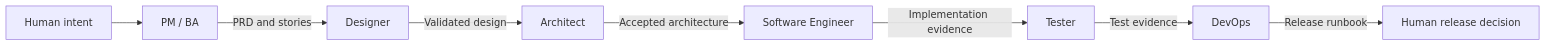
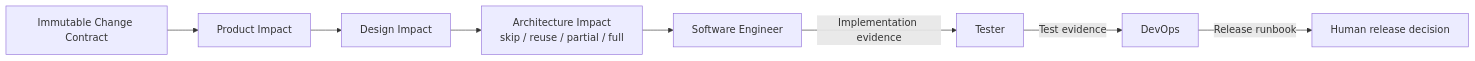
Before and after one commit to davych/agents-instruction: the diagram in README.md, drawn with Mermaid. The commit also changed other lines of this file and 87 other files, not shown here.

Commit message:
Add change-aware SDLC routing and architecture rules (#2)

````diff
--- a/README.md
+++ b/README.md
@@ -22,10 +23,10 @@
 ```mermaid
 flowchart LR
-  Intent["Human intent"] --> PMBA["PM / BA"]
-  PMBA -->|"PRD and stories"| Designer["Designer"]
-  Designer -->|"Validated design"| Architect["Architect"]
-  Architect -->|"Accepted architecture"| Engineer["Software Engineer"]
+  Intent["Immutable Change Contract"] --> Product["Product Impact"]
+  Product --> Design["Design Impact"]
+  Design --> Architect["Architecture Impact<br/>skip / reuse / partial / full"]
+  Architect --> Engineer["Software Engineer"]
   Engineer -->|"Implementation evidence"| Tester["Tester"]
   Tester -->|"Test evidence"| DevOps["DevOps"]
   DevOps -->|"Release runbook"| Human["Human release decision"]
 ```
````
